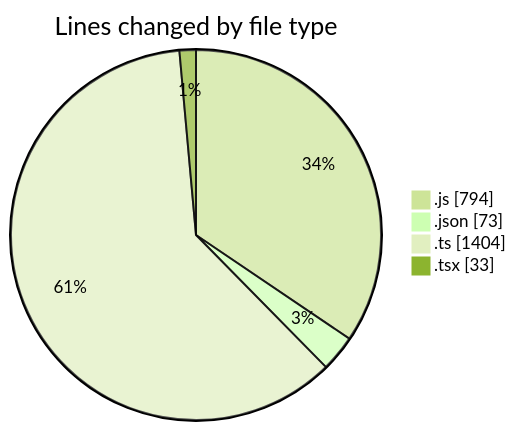
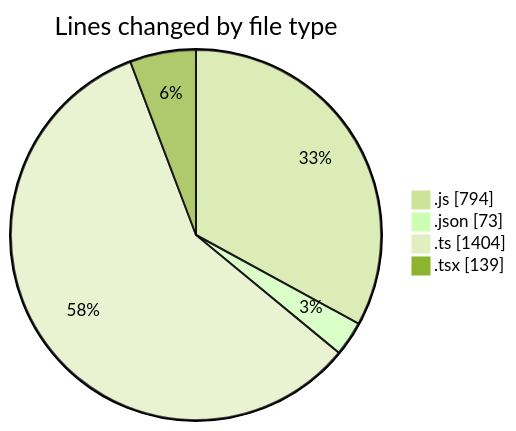
Before and after one commit to momahboobian/code-tracking: the first of 2 diagrams in 2026-03-23/cda/README.md, drawn with Mermaid (forest theme). The commit also changed other lines of this file and 1 other file, not shown here.

````diff
--- a/2026-03-23/cda/README.md
+++ b/2026-03-23/cda/README.md
@@ -27,8 +28,8 @@
 ```mermaid
 pie showData
 title Lines changed by file type
 ".js" : 794
 ".json" : 73
 ".ts" : 1404
-".tsx" : 33
+".tsx" : 139
 ```
````
